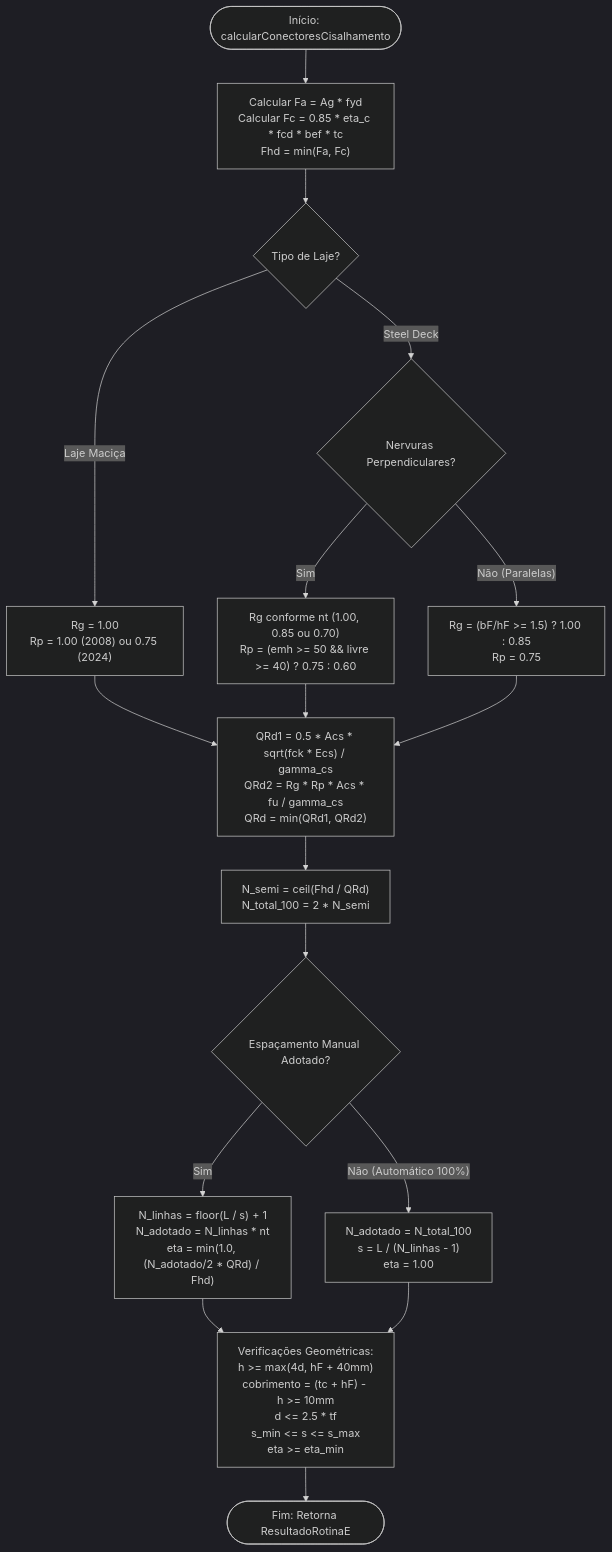
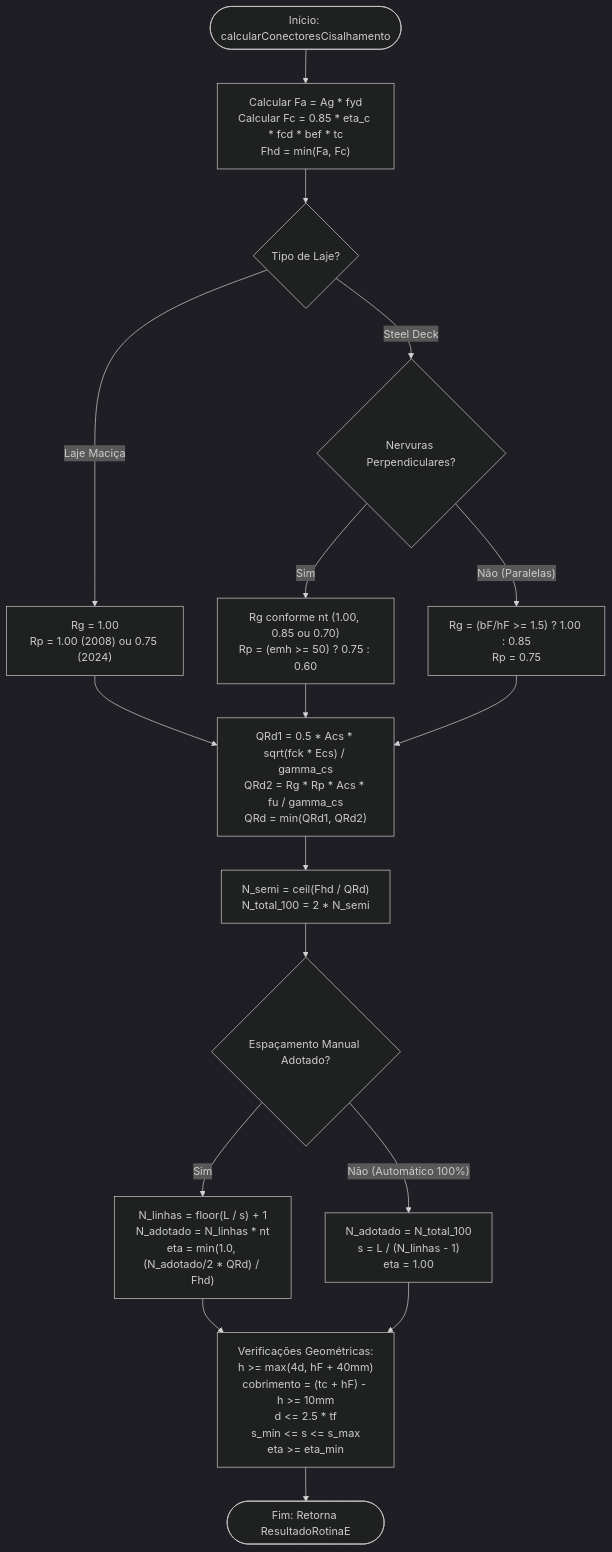
Before and after one commit to ufu-feciv-ic/VMP: the fourth of 8 diagrams in docs/GUIA_DE_EXECUCAO_E_METODOS_VIGA_MISTA.md, drawn with Mermaid (dark theme). The commit also changed other lines of this file and 31 other files, not shown here.

````diff
--- a/docs/GUIA_DE_EXECUCAO_E_METODOS_VIGA_MISTA.md
+++ b/docs/GUIA_DE_EXECUCAO_E_METODOS_VIGA_MISTA.md
@@ -242,20 +242,20 @@
 ```mermaid
 flowchart TD
     Start(["Início: calcularConectoresCisalhamento"]) --> ForcasRasante["Calcular Fa = Ag * fyd<br/>Calcular Fc = 0.85 * eta_c * fcd * bef * tc<br/>Fhd = min(Fa, Fc)"]
     ForcasRasante --> TipoLaje{"Tipo de Laje?"}
     
     TipoLaje -- "Laje Maciça" --> Macica["Rg = 1.00<br/>Rp = 1.00 (2008) ou 0.75 (2024)"]
     TipoLaje -- "Steel Deck" --> Deck{"Nervuras Perpendiculares?"}
-    Deck -- "Sim" --> DeckPerp["Rg conforme nt (1.00, 0.85 ou 0.70)<br/>Rp = (emh >= 50 && livre >= 40) ? 0.75 : 0.60"]
+    Deck -- "Sim" --> DeckPerp["Rg conforme nt (1.00, 0.85 ou 0.70)<br/>Rp = (emh >= 50) ? 0.75 : 0.60"]
     Deck -- "Não (Paralelas)" --> DeckPar["Rg = (bF/hF >= 1.5) ? 1.00 : 0.85<br/>Rp = 0.75"]
     
     Macica & DeckPerp & DeckPar --> QRd["QRd1 = 0.5 * Acs * sqrt(fck * Ecs) / gamma_cs<br/>QRd2 = Rg * Rp * Acs * fu / gamma_cs<br/>QRd = min(QRd1, QRd2)"]
     
     QRd --> NCalc["N_semi = ceil(Fhd / QRd)<br/>N_total_100 = 2 * N_semi"]
     NCalc --> EspacAdopt{"Espaçamento Manual Adotado?"}
     EspacAdopt -- "Sim" --> AdoptSim["N_linhas = floor(L / s) + 1<br/>N_adotado = N_linhas * nt<br/>eta = min(1.0, (N_adotado/2 * QRd) / Fhd)"]
     EspacAdopt -- "Não (Automático 100%)" --> AdoptNao["N_adotado = N_total_100<br/>s = L / (N_linhas - 1)<br/>eta = 1.00"]
     
     AdoptSim & AdoptNao --> GeomCheck["Verificações Geométricas:<br/>h >= max(4d, hF + 40mm)<br/>cobrimento = (tc + hF) - h >= 10mm<br/>d <= 2.5 * tf<br/>s_min <= s <= s_max<br/>eta >= eta_min"]
     GeomCheck --> End(["Fim: Retorna ResultadoRotinaE"])
 ```
````
